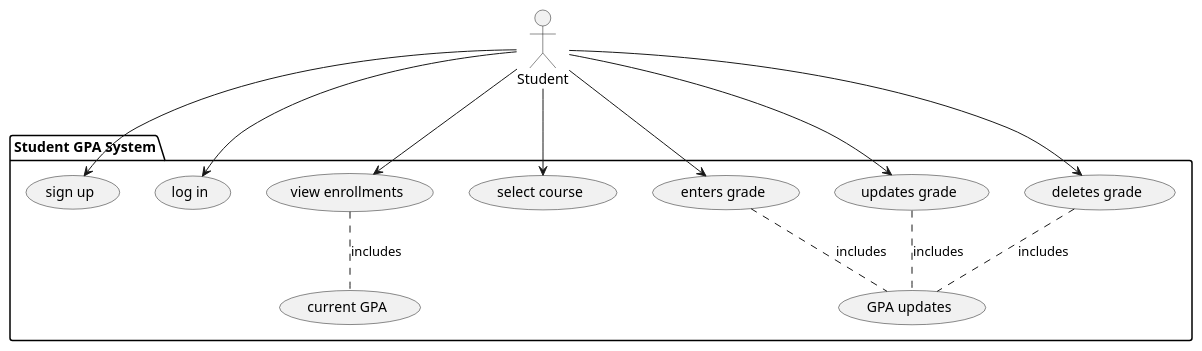
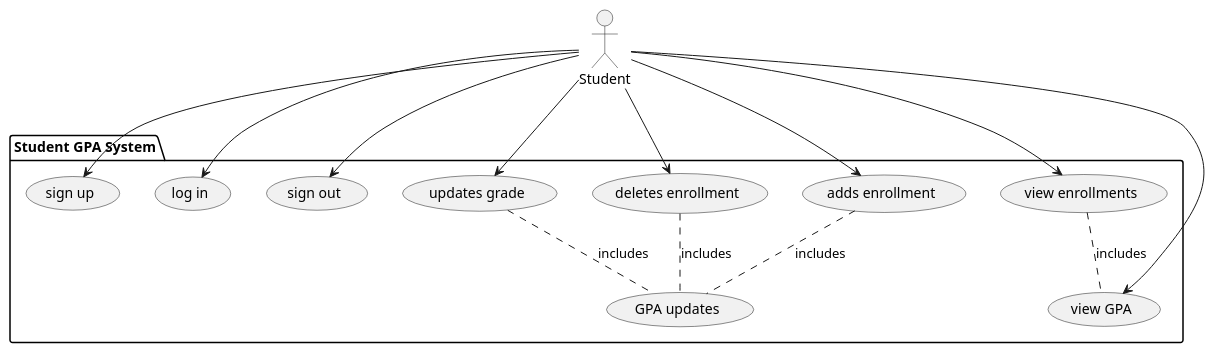
Before and after one commit to FrostyBagels/SWD_Proj1: the diagram in uml/use_case.wsd, drawn with PlantUML.

Commit message:
updated use_case diagram based on feedback

```diff
--- a/uml/use_case.wsd
+++ b/uml/use_case.wsd
@@ -1,19 +1,20 @@
 @startuml use_case
 :Student:
 
 
 package "Student GPA System" {
     :Student: --> (sign up)
     :Student: --> (log in)
+    :Student: --> (sign out)
     :Student: --> (view enrollments)
-    :Student: --> (select course)
-    :Student: --> (enters grade)
+    :Student: --> (view GPA)
+    :Student: --> (adds enrollment)
     :Student: --> (updates grade)
-    :Student: --> (deletes grade)
+    :Student: --> (deletes enrollment)
     
-    (view enrollments) .. (current GPA) : includes
-    (enters grade) .. (GPA updates) : includes
+    (view enrollments) .. (view GPA) : includes
+    (adds enrollment) .. (GPA updates) : includes
     (updates grade) .. (GPA updates) : includes
-    (deletes grade) .. (GPA updates) : includes
+    (deletes enrollment) .. (GPA updates) : includes
 }
 @enduml
```
